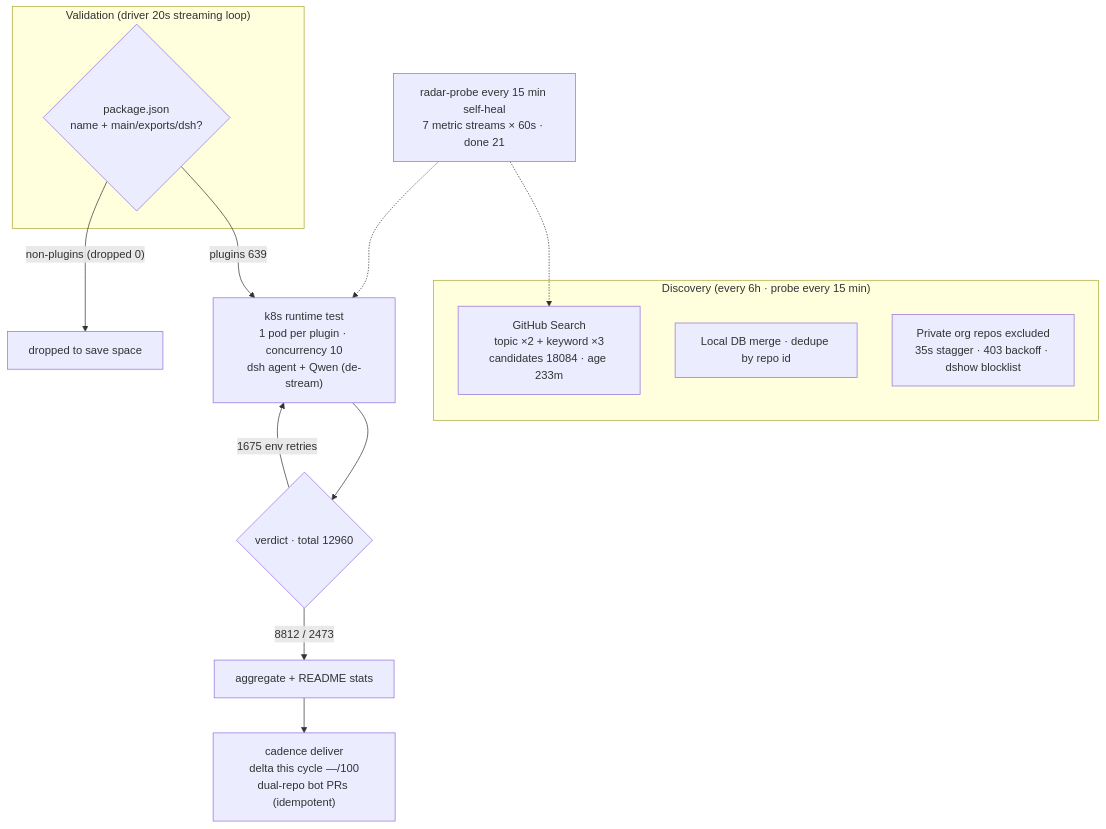
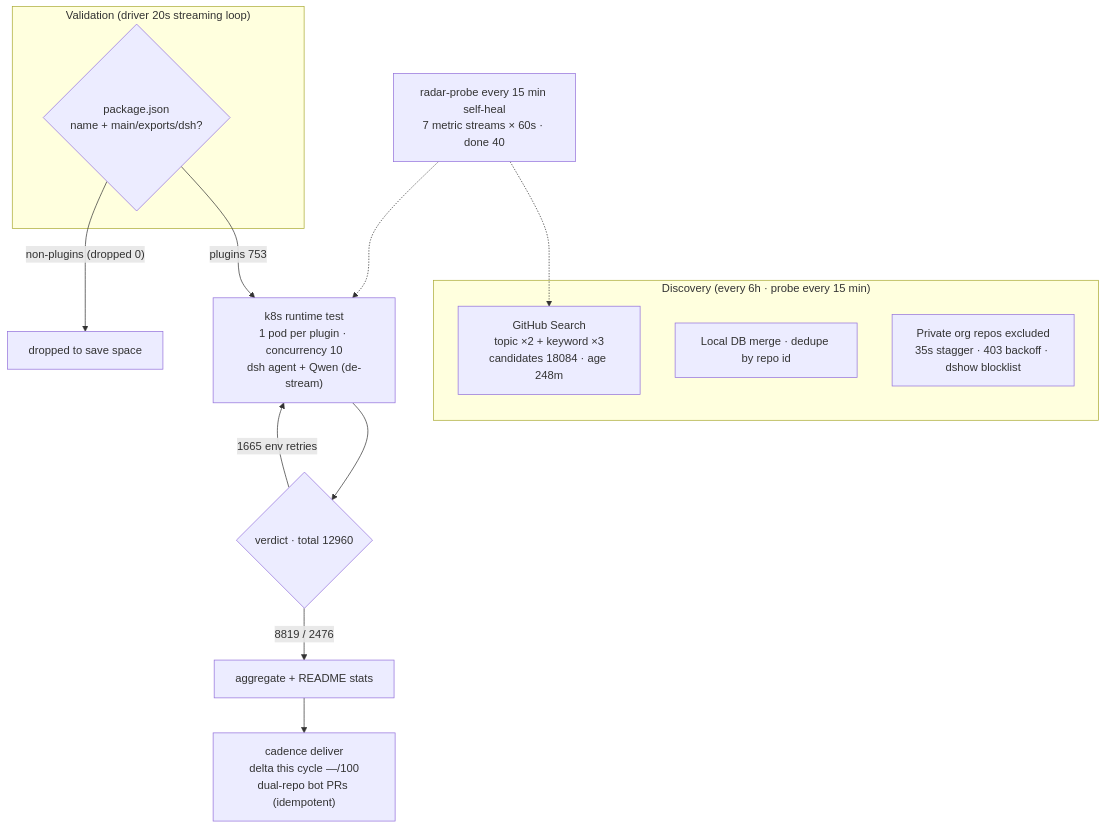
Before and after one commit to AdamPlatin123/awesome-dsh-plugins: the diagram in README.en-US.md, drawn with Mermaid. The commit also changed other lines of this file and 5 other files, not shown here.

````diff
--- a/README.en-US.md
+++ b/README.en-US.md
@@ -45,20 +45,20 @@
 ```mermaid
 flowchart TB
     subgraph Discovery["Discovery (every 6h · probe every 15 min)"]
-        A1["GitHub Search<br/>topic ×2 + keyword ×3<br/>candidates 18084 · age 233m"]
+        A1["GitHub Search<br/>topic ×2 + keyword ×3<br/>candidates 18084 · age 248m"]
         A2["Local DB merge · dedupe by repo id"]
         A3["Private org repos excluded<br/>35s stagger · 403 backoff · dshow blocklist"]
     end
     subgraph Validation["Validation (driver 20s streaming loop)"]
         B1{"package.json<br/>name + main/exports/dsh?"}
     end
-    B1 -->|"plugins 639"| C1["k8s runtime test<br/>1 pod per plugin · concurrency 10<br/>dsh agent + Qwen (de-stream)"]
+    B1 -->|"plugins 753"| C1["k8s runtime test<br/>1 pod per plugin · concurrency 10<br/>dsh agent + Qwen (de-stream)"]
     B1 -->|"non-plugins (dropped 0)"| B3["dropped to save space"]
     C1 --> D1{"verdict · total 12960"}
-    D1 -->|"8812 / 2473"| E1["aggregate + README stats"]
-    D1 -->|"1675 env retries"| C1
+    D1 -->|"8819 / 2476"| E1["aggregate + README stats"]
+    D1 -->|"1665 env retries"| C1
     E1 --> E2["cadence deliver<br/>delta this cycle —/100<br/>dual-repo bot PRs (idempotent)"]
-    M["radar-probe every 15 min self-heal<br/>7 metric streams × 60s · done 21"]
+    M["radar-probe every 15 min self-heal<br/>7 metric streams × 60s · done 40"]
     M -.-> A1
     M -.-> C1
 ```
````
